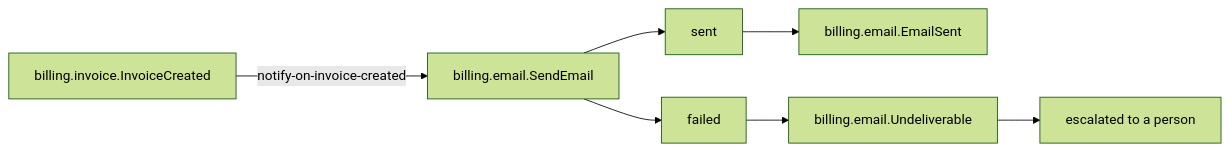
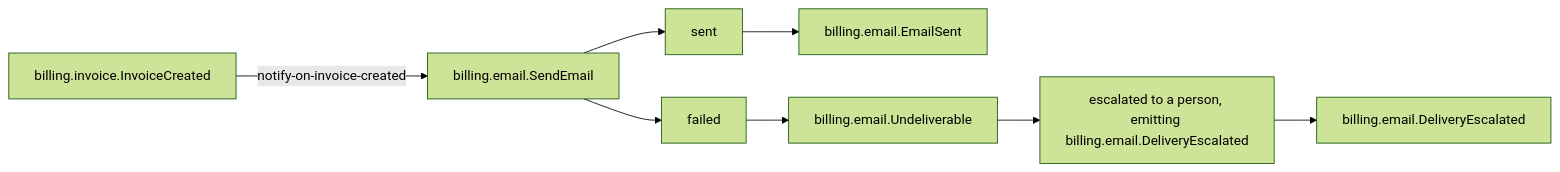
Before and after one commit to beyond10x/aep: the diagram in generated/docs/interactions.md, drawn with Mermaid (forest theme). The commit also changed other lines of this file and 53 other files, not shown here.

````diff
--- a/generated/docs/interactions.md
+++ b/generated/docs/interactions.md
@@ -20,15 +20,17 @@
 ```mermaid
 flowchart LR
     event["billing.invoice.InvoiceCreated"]
     command["billing.email.SendEmail"]
     event -->|"notify-on-invoice-created"| command
     outcome0["sent"]
     command --> outcome0
     emit0_0["billing.email.EmailSent"]
     outcome0 --> emit0_0
     outcome1["failed"]
     command --> outcome1
     error1["billing.email.Undeliverable"]
     outcome1 --> error1
-    error1 --> failure["escalated to a person"]
+    error1 --> failure["escalated to a person, emitting billing.email.DeliveryEscalated"]
+    escalation["billing.email.DeliveryEscalated"]
+    failure --> escalation
 ```
````
